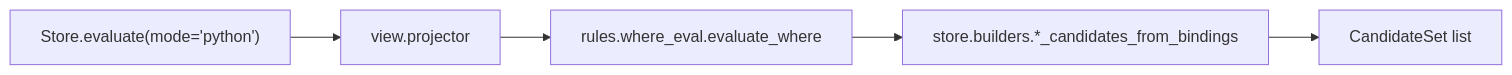
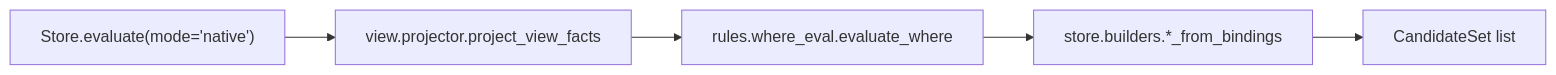
The second of 3 diagrams in src/factpy_kernel/core/docs/01_architecture.en.md (Symbolic-Intelligence-Org/factgraph), drawn with Mermaid before and after one commit. The commit also changed other lines of this file and 17 other files, not shown here.

Commit message:
Update documentation and SDK schema

````diff
--- a/src/factpy_kernel/core/docs/01_architecture.en.md
+++ b/src/factpy_kernel/core/docs/01_architecture.en.md
@@ -147,7 +98,7 @@
 ```mermaid
 flowchart LR
-  A["Store.evaluate(mode='python')"] --> B["view.projector"]
+  A["Store.evaluate(mode='native')"] --> B["view.projector.project_view_facts"]
   B --> C["rules.where_eval.evaluate_where"]
-  C --> D["store.builders.*_candidates_from_bindings"]
+  C --> D["store.builders.*_from_bindings"]
   D --> E["CandidateSet list"]
 ```
````
